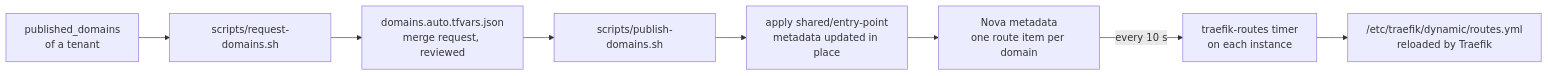
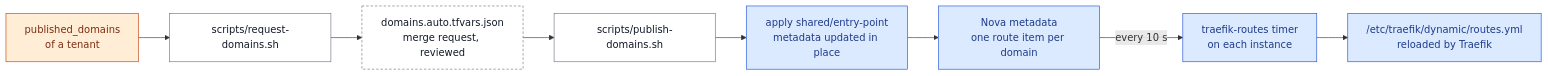
The diagram in docs/guides/publish-a-domain.md (CyprisTech/openstack-multitenant-reference), drawn with Mermaid before and after one commit. The commit also changed 17 other files, not shown here.

First line of the commit message:
Diagrams: tenants by exposure, one palette by role, compact diagrams

````diff
--- a/docs/guides/publish-a-domain.md
+++ b/docs/guides/publish-a-domain.md
@@ -21,10 +21,19 @@
    ```mermaid
    flowchart LR
        O["published_domains<br/>of a tenant"] --> Q["scripts/request-domains.sh"]
        Q --> F["domains.auto.tfvars.json<br/>merge request, reviewed"]
        F --> S["scripts/publish-domains.sh"]
        S --> TF["apply shared/entry-point<br/>metadata updated in place"]
        TF --> M["Nova metadata<br/>one route item per domain"]
        M -->|"every 10 s"| R["traefik-routes timer<br/>on each instance"]
        R --> D["/etc/traefik/dynamic/routes.yml<br/>reloaded by Traefik"]
+
+       classDef shared fill:#dbeafe,stroke:#1d4ed8,color:#1e3a8a
+       classDef tenant fill:#ffedd5,stroke:#c2410c,color:#7c2d12
+       classDef other fill:#ffffff,stroke:#6b7280,color:#111827,stroke-dasharray:4 3
+       classDef outside fill:#ffffff,stroke:#6b7280,color:#111827
+       class O tenant
+       class Q,S outside
+       class F other
+       class TF,M,R,D shared
    ```
````
